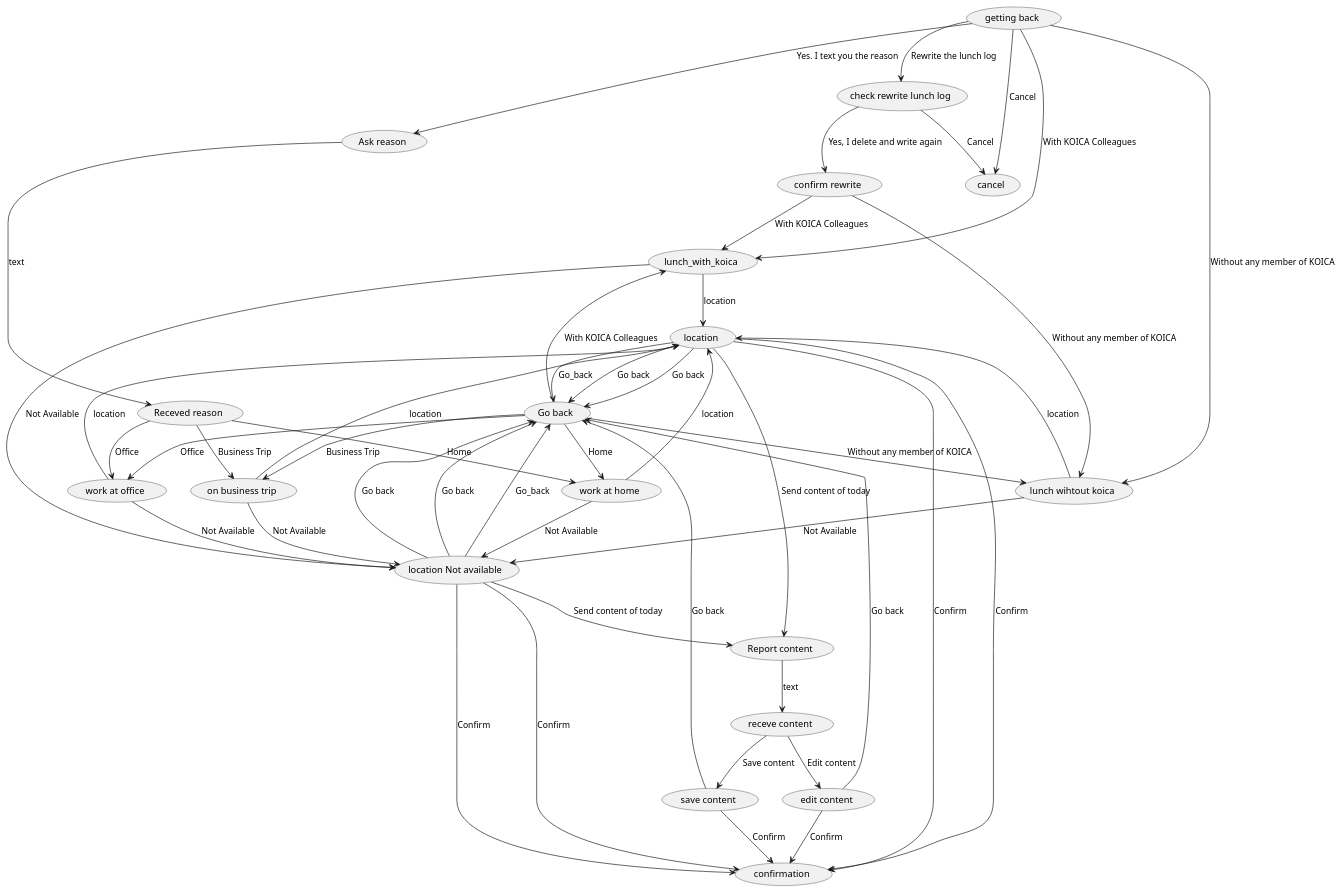
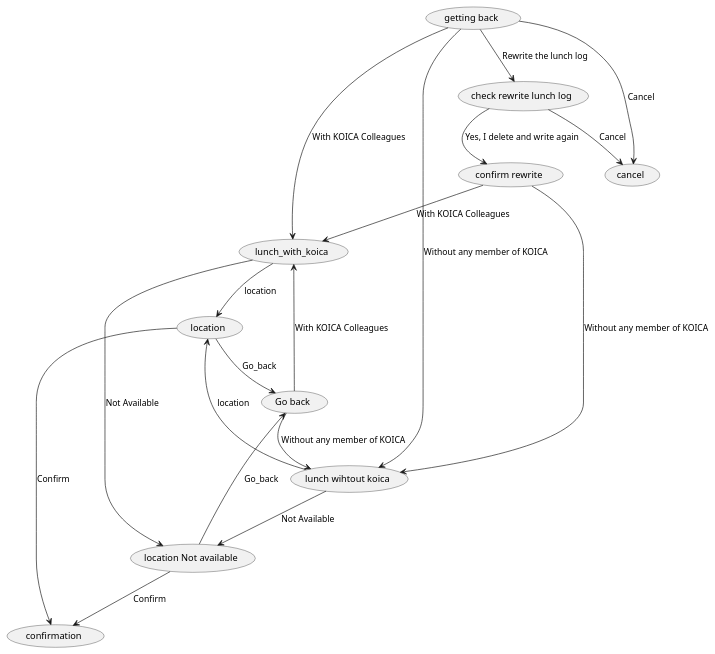
Before and after one commit to JunDamin/telegram_bot_with_django: the diagram in telegram_bot/diagrams/tree_get_back.wsd, drawn with PlantUML. The commit also changed 1 other file, not shown here.

Commit message:
fix get back error

```diff
--- a/telegram_bot/diagrams/tree_get_back.wsd
+++ b/telegram_bot/diagrams/tree_get_back.wsd
@@ -1,51 +1,22 @@
 @startuml
 'default
 top to bottom direction
 (getting back) --> (lunch_with_koica): With KOICA Colleagues
 (getting back) --> (lunch wihtout koica): Without any member of KOICA
 (getting back) --> (check rewrite lunch log): Rewrite the lunch log
 (getting back) --> (cancel): Cancel
-(getting back) --> (Ask reason): Yes. I text you the reason
 (lunch_with_koica) --> (location): location
 (lunch_with_koica) --> (location Not available): Not Available
 (location) --> (confirmation): Confirm
-(location) --> (Go back): Go back
-(location) --> (Report content): Send content of today
-(location) --> (Go back): Go back
-(location) --> (confirmation): Confirm
 (location) --> (Go back): Go_back
-(Go back) --> (work at home): Home
-(Go back) --> (work at office): Office
-(Go back) --> (on business trip): Business Trip
-(work at home) --> (location): location
-(work at home) --> (location Not available): Not Available
-(location Not available) --> (confirmation): Confirm
-(location Not available) --> (Go back): Go back
-(location Not available) --> (Report content): Send content of today
-(location Not available) --> (Go back): Go back
-(location Not available) --> (confirmation): Confirm
-(location Not available) --> (Go back): Go_back
-(Report content) --> (receve content): text
-(receve content) --> (save content): Save content
-(receve content) --> (edit content): Edit content
-(save content) --> (confirmation): Confirm
-(save content) --> (Go back): Go back
-(edit content) --> (confirmation): Confirm
-(edit content) --> (Go back): Go back
 (Go back) --> (lunch_with_koica): With KOICA Colleagues
 (Go back) --> (lunch wihtout koica): Without any member of KOICA
 (lunch wihtout koica) --> (location): location
 (lunch wihtout koica) --> (location Not available): Not Available
-(work at office) --> (location): location
-(work at office) --> (location Not available): Not Available
-(on business trip) --> (location): location
-(on business trip) --> (location Not available): Not Available
+(location Not available) --> (confirmation): Confirm
+(location Not available) --> (Go back): Go_back
 (check rewrite lunch log) --> (confirm rewrite): Yes, I delete and write again
 (check rewrite lunch log) --> (cancel): Cancel
 (confirm rewrite) --> (lunch_with_koica): With KOICA Colleagues
 (confirm rewrite) --> (lunch wihtout koica): Without any member of KOICA
-(Ask reason) --> (Receved reason): text
-(Receved reason) --> (work at home): Home
-(Receved reason) --> (work at office): Office
-(Receved reason) --> (on business trip): Business Trip
 @enduml
```
